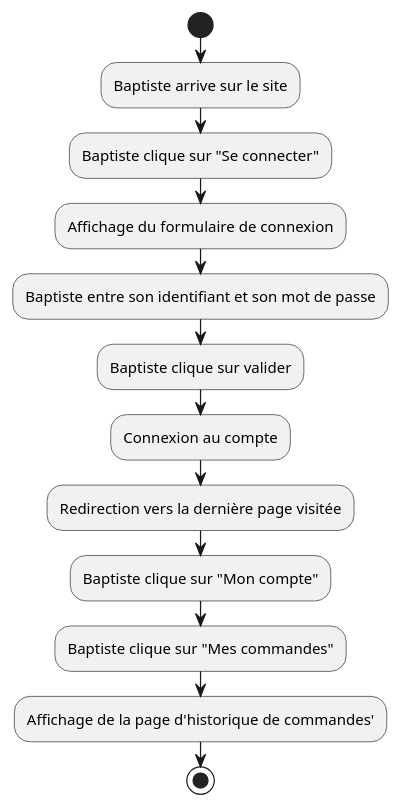
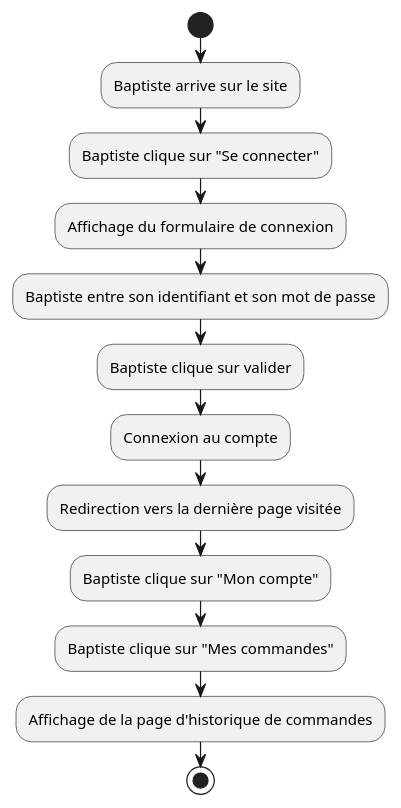
The diagram in diagrams/client_order_history.puml (Gumpah/project_6), drawn with PlantUML before and after one commit. The commit also changed 8 other files, not shown here.

Commit message:
Updating diagrams

```diff
--- a/diagrams/client_order_history.puml
+++ b/diagrams/client_order_history.puml
@@ -1,17 +1,17 @@
 @startuml
 'https://plantuml.com/activity-diagram-beta
 
 start
 :Baptiste arrive sur le site;
 :Baptiste clique sur "Se connecter";
 :Affichage du formulaire de connexion;
 :Baptiste entre son identifiant et son mot de passe;
 :Baptiste clique sur valider;
 :Connexion au compte;
 :Redirection vers la dernière page visitée;
 :Baptiste clique sur "Mon compte";
 :Baptiste clique sur "Mes commandes";
-:Affichage de la page d'historique de commandes';
+:Affichage de la page d'historique de commandes;
 stop
 
 @enduml
```
